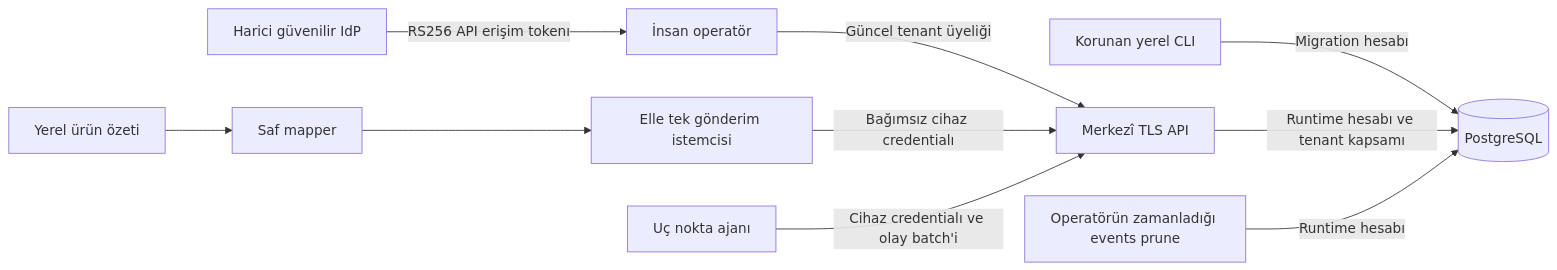
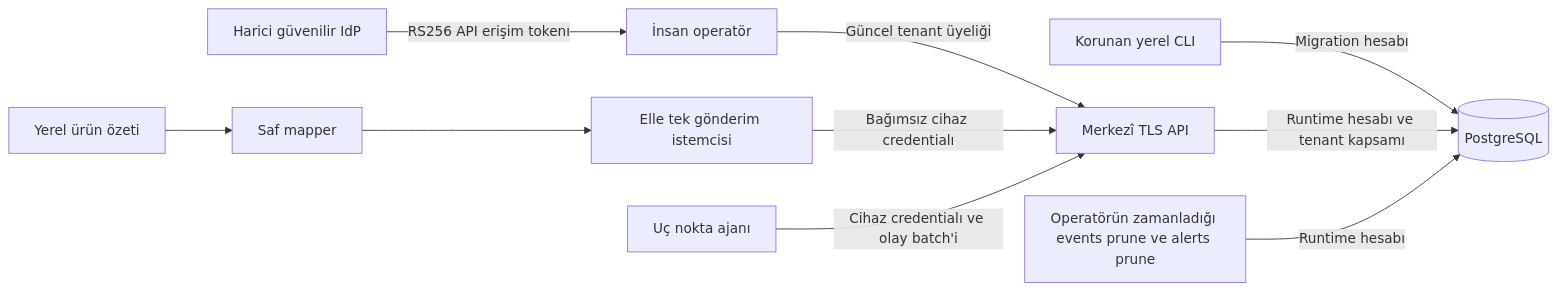
One commit to ITherso/security-platform changed the diagram in docs/ARCHITECTURE.tr.md. Above: the diagram before and after it, drawn with Mermaid. The commit also changed other lines of this file and 185 other files, not shown here.

````diff
--- a/docs/ARCHITECTURE.tr.md
+++ b/docs/ARCHITECTURE.tr.md
@@ -7,12 +7,12 @@
 ```mermaid
 flowchart LR
     IdP[Harici güvenilir IdP] -->|RS256 API erişim tokenı| Operator[İnsan operatör]
     Operator -->|Güncel tenant üyeliği| API[Merkezî TLS API]
     Admin[Korunan yerel CLI] -->|Migration hesabı| DB[(PostgreSQL)]
     API -->|Runtime hesabı ve tenant kapsamı| DB
     Local[Yerel ürün özeti] --> Mapper[Saf mapper]
     Mapper --> Client[Elle tek gönderim istemcisi]
     Client -->|Bağımsız cihaz credentialı| API
     Agent[Uç nokta ajanı] -->|Cihaz credentialı ve olay batch'i| API
-    Scheduler[Operatörün zamanladığı events prune] -->|Runtime hesabı| DB
+    Scheduler[Operatörün zamanladığı events prune ve alerts prune] -->|Runtime hesabı| DB
 ```
````
